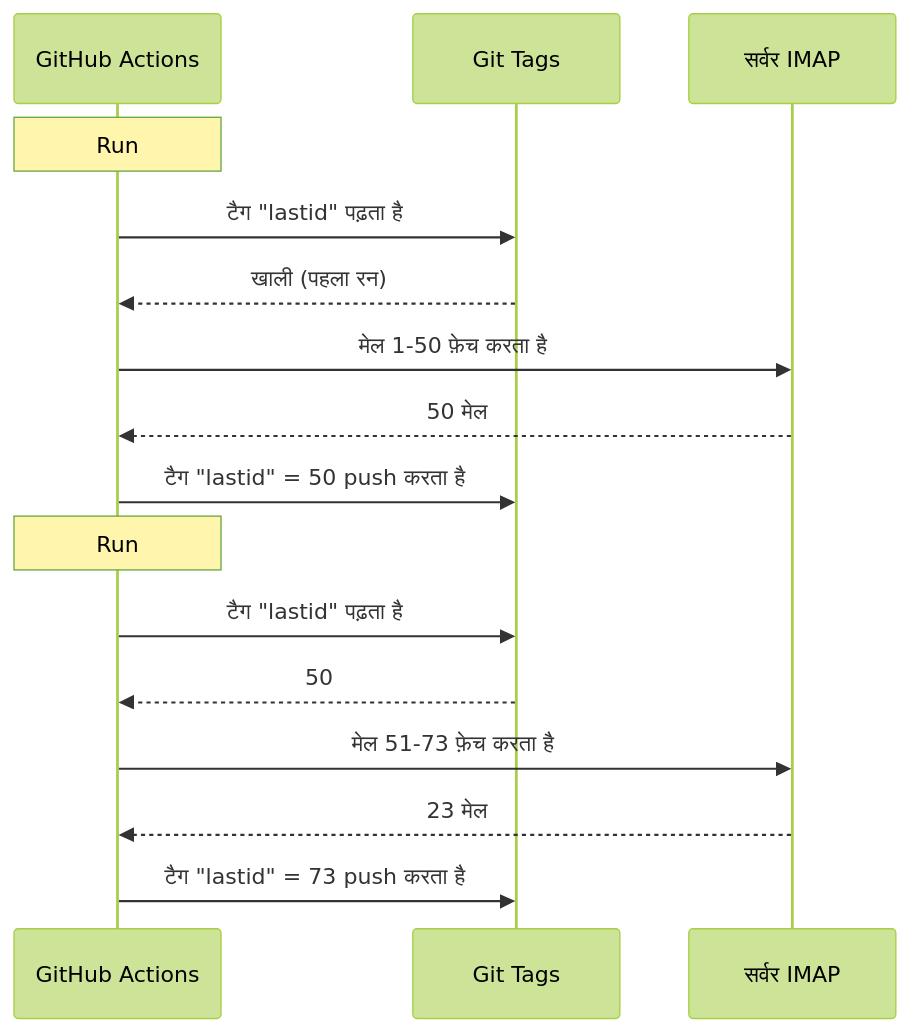
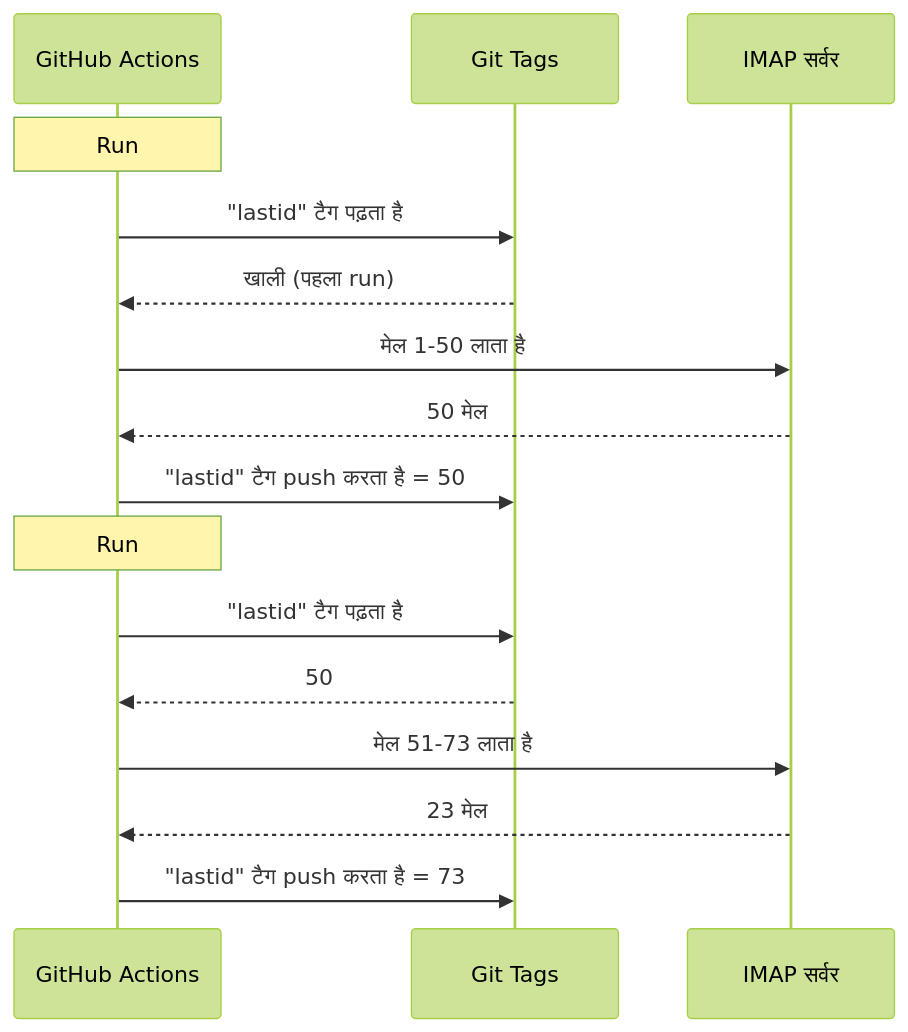
The diagram in public/articles/hi/email-autoreply.md (fox3000foxy/fox3000foxy.github.io), drawn with Mermaid (forest theme) before and after one commit. The commit also changed other lines of this file and 576 other files, not shown here.

````diff
--- a/public/articles/hi/email-autoreply.md
+++ b/public/articles/hi/email-autoreply.md
@@ -60,20 +59,20 @@
 ```mermaid
 sequenceDiagram
     participant GH as GitHub Actions
     participant GIT as Git Tags
-    participant IMAP as सर्वर IMAP
-    
+    participant IMAP as IMAP सर्वर
+
     Note over GH: Run #1
-    GH->>GIT: टैग "lastid" पढ़ता है
-    GIT-->>GH: खाली (पहला रन)
-    GH->>IMAP: मेल 1-50 फ़ेच करता है
+    GH->>GIT: "lastid" टैग पढ़ता है
+    GIT-->>GH: खाली (पहला run)
+    GH->>IMAP: मेल 1-50 लाता है
     IMAP-->>GH: 50 मेल
-    GH->>GIT: टैग "lastid" = 50 push करता है
-    
+    GH->>GIT: "lastid" टैग push करता है = 50
+
     Note over GH: Run #2
-    GH->>GIT: टैग "lastid" पढ़ता है
+    GH->>GIT: "lastid" टैग पढ़ता है
     GIT-->>GH: 50
-    GH->>IMAP: मेल 51-73 फ़ेच करता है
+    GH->>IMAP: मेल 51-73 लाता है
     IMAP-->>GH: 23 मेल
-    GH->>GIT: टैग "lastid" = 73 push करता है
+    GH->>GIT: "lastid" टैग push करता है = 73
 ```
````
